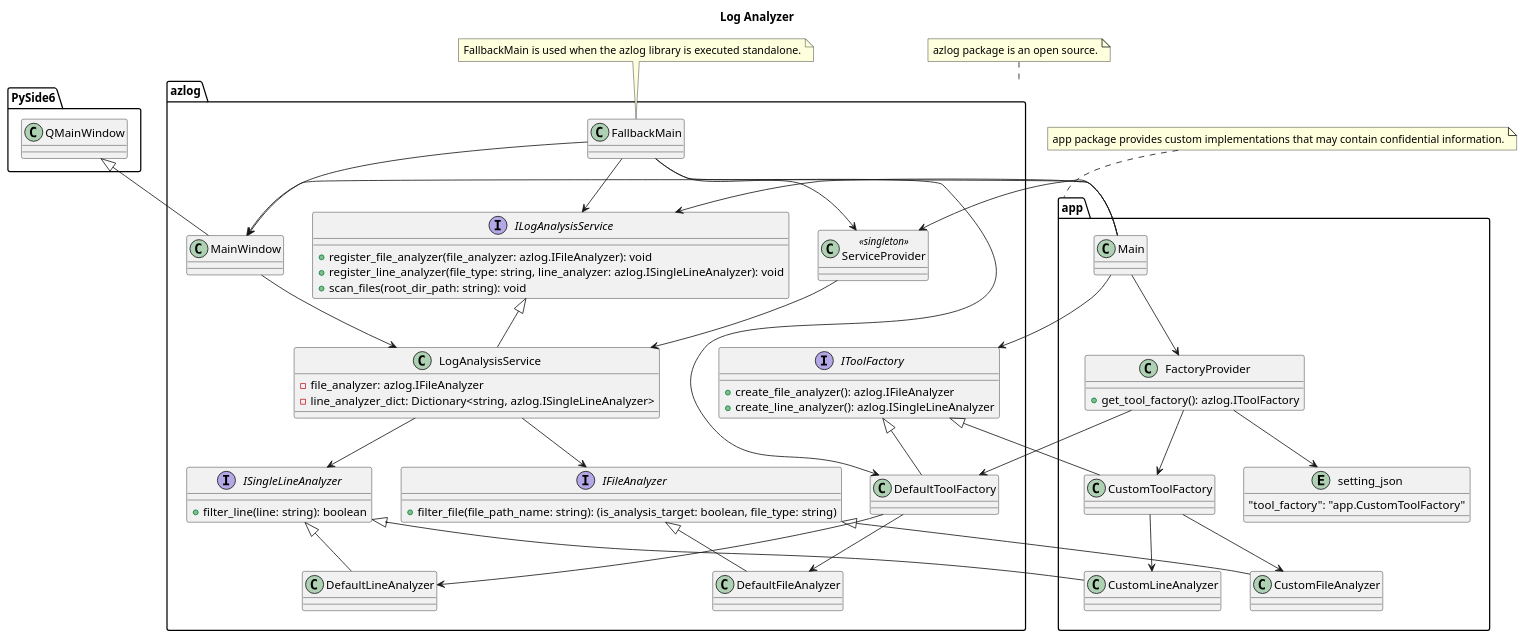
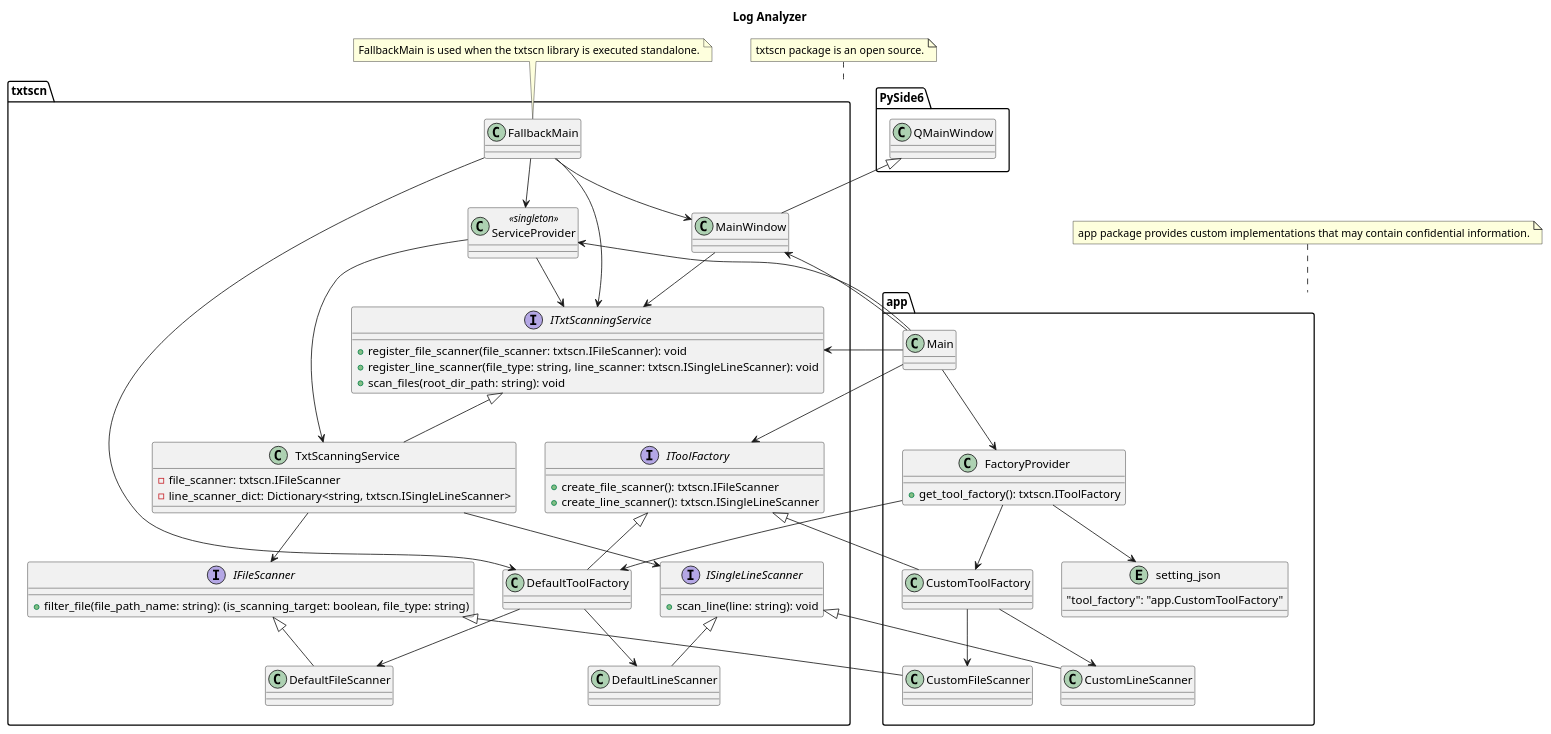
Before and after one commit to Takayoshi-Matsuyama/log_analyzer: the diagram in doc/log_analyzer.puml, drawn with PlantUML.

Commit message:
Updated - class diagram

```diff
--- a/doc/log_analyzer.puml
+++ b/doc/log_analyzer.puml
@@ -1,123 +1,124 @@
 @startuml log_analyzer
 
 'Copyright 2026 Takayoshi Matsuyama
 '
 'Licensed under the Apache License, Version 2.0 (the "License");
 'you may not use this file except in compliance with the License.
 'You may obtain a copy of the License at
 '
 '    http://www.apache.org/licenses/LICENSE-2.0
 '
 'Unless required by applicable law or agreed to in writing, software
 'distributed under the License is distributed on an "AS IS" BASIS,
 'WITHOUT WARRANTIES OR CONDITIONS OF ANY KIND, either express or implied.
 'See the License for the specific language governing permissions and
 'limitations under the License.
 
 title Log Analyzer
 
-interface azlog.IFileAnalyzer
+interface txtscn.IFileScanner
 {
-    +filter_file(file_path_name: string): (is_analysis_target: boolean, file_type: string)
+    +filter_file(file_path_name: string): (is_scanning_target: boolean, file_type: string)
 }
 
-class azlog.DefaultFileAnalyzer {}
-class app.CustomFileAnalyzer {}
+class txtscn.DefaultFileScanner {}
+class app.CustomFileScanner {}
 
-azlog.IFileAnalyzer <|-- azlog.DefaultFileAnalyzer
-azlog.IFileAnalyzer <|-- app.CustomFileAnalyzer
+txtscn.IFileScanner <|-- txtscn.DefaultFileScanner
+txtscn.IFileScanner <|-- app.CustomFileScanner
 
-interface azlog.ISingleLineAnalyzer
+interface txtscn.ISingleLineScanner
 {
-    +filter_line(line: string): boolean
+    +scan_line(line: string): void
 }
 
-class azlog.DefaultLineAnalyzer {}
-class app.CustomLineAnalyzer {}
+class txtscn.DefaultLineScanner {}
+class app.CustomLineScanner {}
 
-azlog.ISingleLineAnalyzer <|-- azlog.DefaultLineAnalyzer
-azlog.ISingleLineAnalyzer <|-- app.CustomLineAnalyzer
+txtscn.ISingleLineScanner <|-- txtscn.DefaultLineScanner
+txtscn.ISingleLineScanner <|-- app.CustomLineScanner
 
-interface azlog.IToolFactory
+interface txtscn.IToolFactory
 {
-    +create_file_analyzer(): azlog.IFileAnalyzer
-    +create_line_analyzer(): azlog.ISingleLineAnalyzer
+    +create_file_scanner(): txtscn.IFileScanner
+    +create_line_scanner(): txtscn.ISingleLineScanner
 }
 
-class azlog.DefaultToolFactory {}
+class txtscn.DefaultToolFactory {}
 class app.CustomToolFactory {}
 
-azlog.IToolFactory <|-- azlog.DefaultToolFactory
-azlog.IToolFactory <|-- app.CustomToolFactory
+txtscn.IToolFactory <|-- txtscn.DefaultToolFactory
+txtscn.IToolFactory <|-- app.CustomToolFactory
 
-azlog.DefaultToolFactory --> azlog.DefaultFileAnalyzer
-azlog.DefaultToolFactory --> azlog.DefaultLineAnalyzer
+txtscn.DefaultToolFactory --> txtscn.DefaultFileScanner
+txtscn.DefaultToolFactory --> txtscn.DefaultLineScanner
 
-app.CustomToolFactory --> app.CustomFileAnalyzer
-app.CustomToolFactory --> app.CustomLineAnalyzer
+app.CustomToolFactory --> app.CustomFileScanner
+app.CustomToolFactory --> app.CustomLineScanner
 
-interface azlog.ILogAnalysisService
+interface txtscn.ITxtScanningService
 {
-    +register_file_analyzer(file_analyzer: azlog.IFileAnalyzer): void
-    +register_line_analyzer(file_type: string, line_analyzer: azlog.ISingleLineAnalyzer): void
+    +register_file_scanner(file_scanner: txtscn.IFileScanner): void
+    +register_line_scanner(file_type: string, line_scanner: txtscn.ISingleLineScanner): void
     +scan_files(root_dir_path: string): void
 }
 
-class azlog.LogAnalysisService
+class txtscn.TxtScanningService
 {
-    -file_analyzer: azlog.IFileAnalyzer
-    -line_analyzer_dict: Dictionary<string, azlog.ISingleLineAnalyzer>
+    -file_scanner: txtscn.IFileScanner
+    -line_scanner_dict: Dictionary<string, txtscn.ISingleLineScanner>
 }
 
-azlog.ILogAnalysisService <|-- azlog.LogAnalysisService
-azlog.LogAnalysisService --> azlog.IFileAnalyzer
-azlog.LogAnalysisService --> azlog.ISingleLineAnalyzer
+txtscn.ITxtScanningService <|-- txtscn.TxtScanningService
+txtscn.TxtScanningService --> txtscn.IFileScanner
+txtscn.TxtScanningService --> txtscn.ISingleLineScanner
 
 class PySide6.QMainWindow {}
 
-class azlog.MainWindow {}
+class txtscn.MainWindow {}
 
-PySide6.QMainWindow <|-- azlog.MainWindow
+PySide6.QMainWindow <|-- txtscn.MainWindow
 
-class azlog.ServiceProvider <<singleton>>  {}
+class txtscn.ServiceProvider <<singleton>>  {}
 
-azlog.ServiceProvider --> azlog.LogAnalysisService
+txtscn.ServiceProvider --> txtscn.ITxtScanningService
+txtscn.ServiceProvider --> txtscn.TxtScanningService
 
 entity app.setting_json
 {
     "tool_factory": "app.CustomToolFactory"
 }
 
 class app.FactoryProvider
  {
-    +get_tool_factory(): azlog.IToolFactory
+    +get_tool_factory(): txtscn.IToolFactory
 }
 
 app.FactoryProvider --> app.setting_json
-app.FactoryProvider --> azlog.DefaultToolFactory
+app.FactoryProvider --> txtscn.DefaultToolFactory
 app.FactoryProvider --> app.CustomToolFactory
 
-class azlog.FallbackMain {}
-azlog.FallbackMain --> azlog.ServiceProvider
-azlog.FallbackMain --> azlog.DefaultToolFactory
-azlog.FallbackMain --> azlog.ILogAnalysisService
-azlog.FallbackMain --> azlog.MainWindow
+class txtscn.FallbackMain {}
+txtscn.FallbackMain --> txtscn.ServiceProvider
+txtscn.FallbackMain --> txtscn.DefaultToolFactory
+txtscn.FallbackMain --> txtscn.ITxtScanningService
+txtscn.FallbackMain --> txtscn.MainWindow
 
-note "FallbackMain is used when the azlog library is executed standalone." as N1
-N1 .. azlog.FallbackMain
+note "FallbackMain is used when the txtscn library is executed standalone." as N1
+N1 .. txtscn.FallbackMain
 
 class app.Main {}
 
 app.Main --> app.FactoryProvider
-app.Main --> azlog.ServiceProvider
-app.Main --> azlog.IToolFactory
-app.Main --> azlog.ILogAnalysisService
-app.Main --> azlog.MainWindow
-azlog.MainWindow --> azlog.LogAnalysisService
+app.Main --> txtscn.ServiceProvider
+app.Main --> txtscn.IToolFactory
+app.Main --> txtscn.ITxtScanningService
+app.Main --> txtscn.MainWindow
+txtscn.MainWindow --> txtscn.ITxtScanningService
 
-note "azlog package is an open source." as N2
-N2 .. azlog
+note "txtscn package is an open source." as N2
+N2 .. txtscn
 note "app package provides custom implementations that may contain confidential information." as N3
 N3 .. app
 
 @enduml
```
